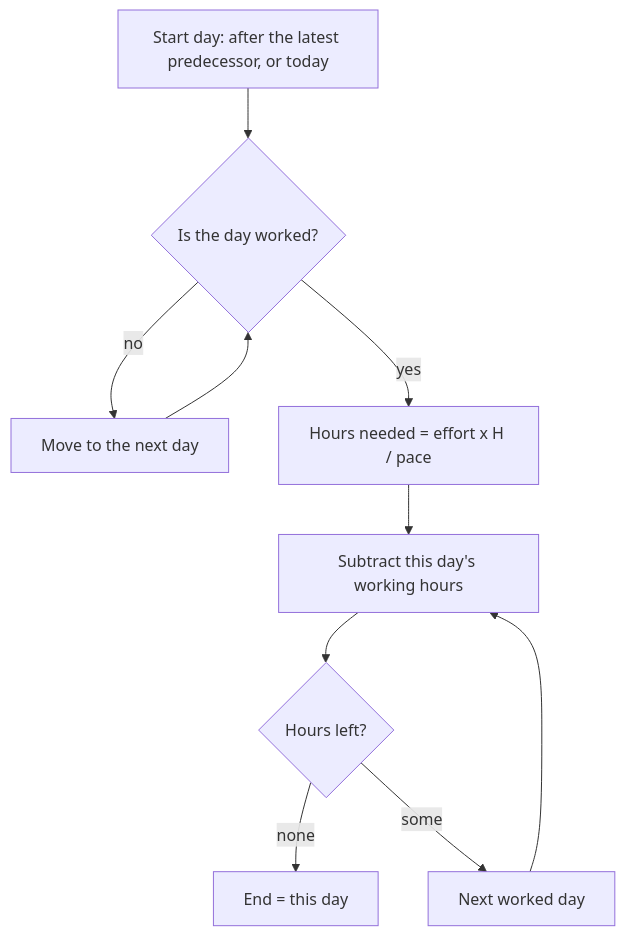
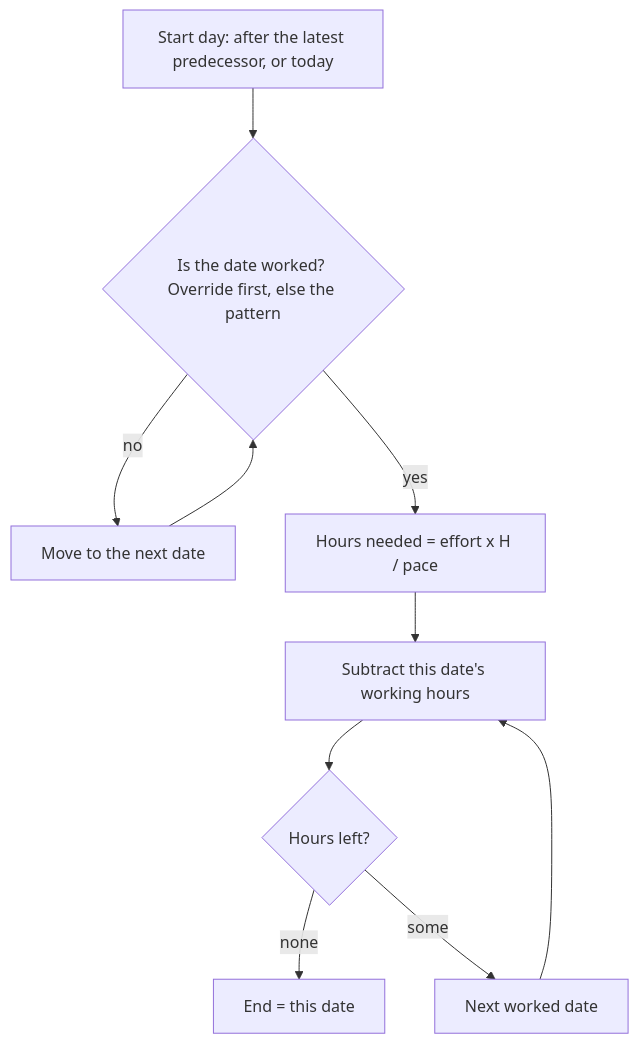
The first of 2 diagrams in .devbook/arc42/adr/0019-roadmap-counts-the-working-week.md (JSdotNet/Backlog), drawn with Mermaid before and after one commit. The commit also changed other lines of this file and 7 other files, not shown here.

````diff
--- a/.devbook/arc42/adr/0019-roadmap-counts-the-working-week.md
+++ b/.devbook/arc42/adr/0019-roadmap-counts-the-working-week.md
@@ -83,12 +106,12 @@
 ```mermaid
 flowchart TD
-    A["Start day: after the latest predecessor, or today"] --> B{"Is the day worked?"}
-    B -- no --> C["Move to the next day"]
+    A["Start day: after the latest predecessor, or today"] --> B{"Is the date worked? Override first, else the pattern"}
+    B -- no --> C["Move to the next date"]
     C --> B
     B -- yes --> D["Hours needed = effort x H / pace"]
-    D --> E["Subtract this day's working hours"]
+    D --> E["Subtract this date's working hours"]
     E --> F{"Hours left?"}
-    F -- "none" --> G["End = this day"]
-    F -- some --> H["Next worked day"]
+    F -- "none" --> G["End = this date"]
+    F -- some --> H["Next worked date"]
     H --> E
 ```
````
